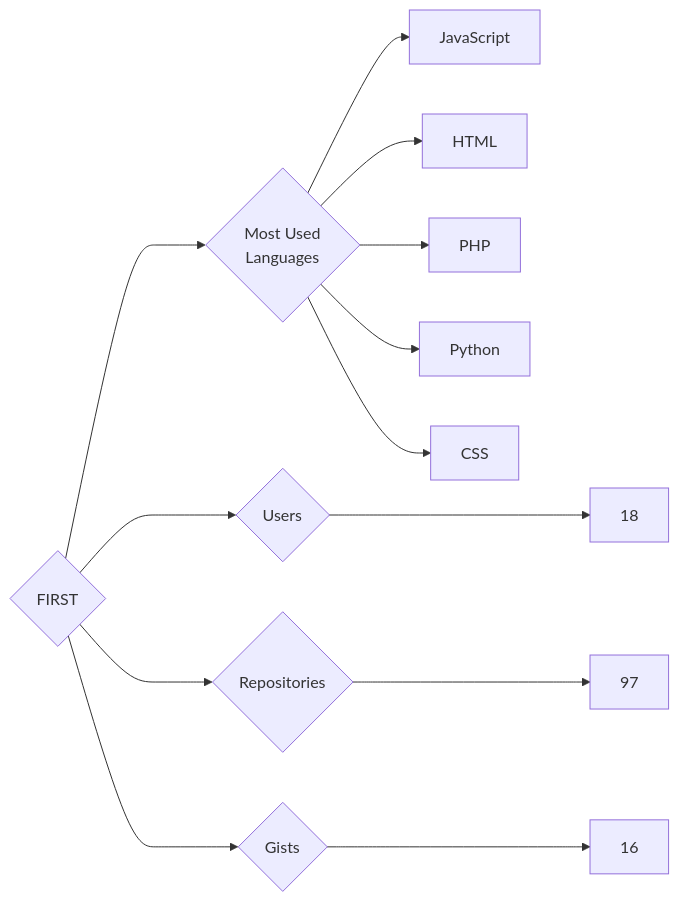
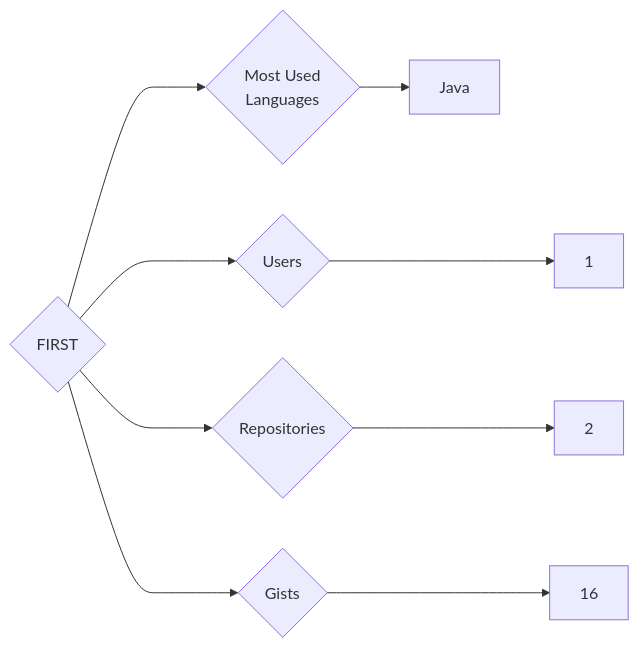
One commit to trickest/insiders changed the diagram in targets/FIRST/README.md. Above: the diagram before and after it, drawn with Mermaid. The commit also changed 914 other files, not shown here.

````diff
--- a/targets/FIRST/README.md
+++ b/targets/FIRST/README.md
@@ -3,13 +3,9 @@
 ```mermaid
 graph LR
 COMPANY_NAME{FIRST}
-COMPANY_NAME ---> U{Users} ---> UN[18]
-COMPANY_NAME ---> R{Repositories} ---> RN[97]
+COMPANY_NAME ---> U{Users} ---> UN[1]
+COMPANY_NAME ---> R{Repositories} ---> RN[2]
 COMPANY_NAME ---> G{Gists} ---> GN[16]
 COMPANY_NAME ---> ML{Most Used<br>Languages}
-ML --> JavaScript[JavaScript]
-ML --> HTML[HTML]
-ML --> PHP[PHP]
-ML --> Python[Python]
-ML --> CSS[CSS]
+ML --> Java[Java]
 ```
````
